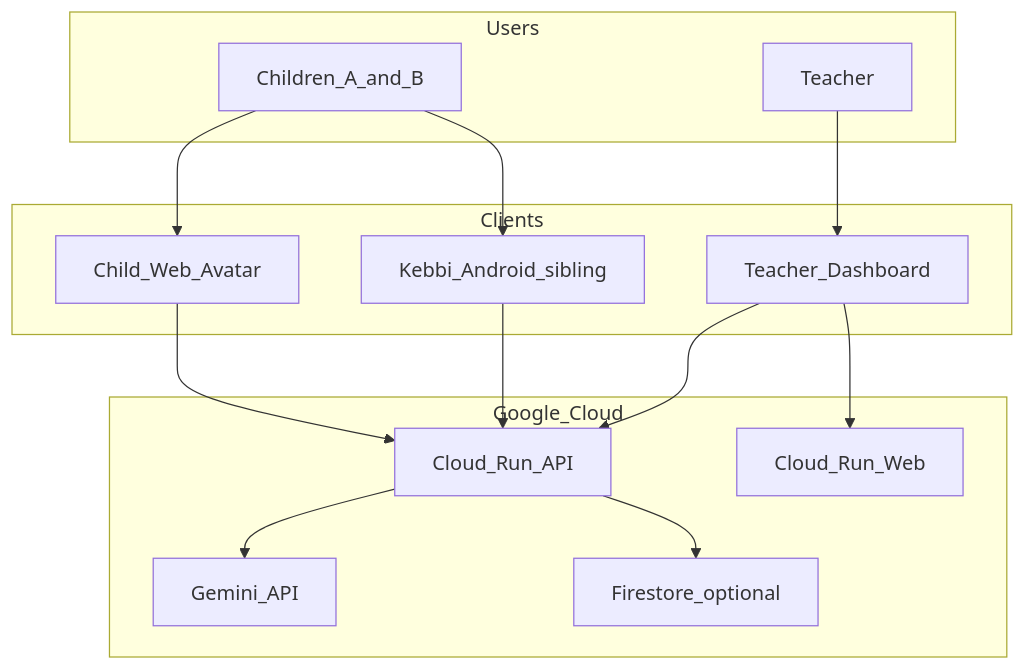
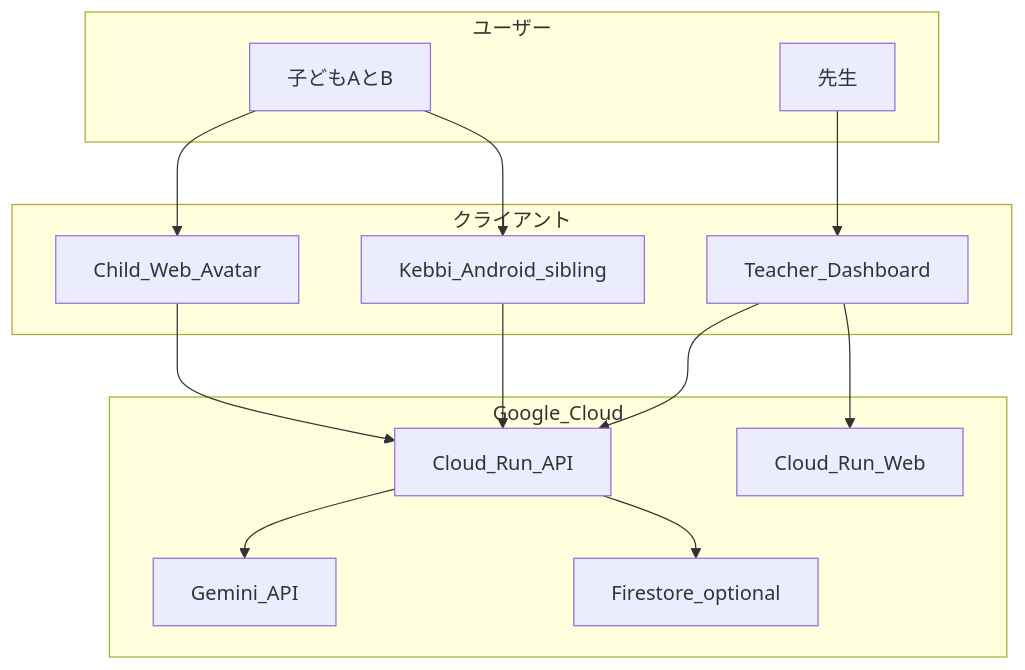
Before and after one commit to satoshi-maemoto/nakanaori-agent: the diagram in docs/architecture.md, drawn with Mermaid. The commit also changed other lines of this file and 27 other files, not shown here.

````diff
--- a/docs/architecture.md
+++ b/docs/architecture.md
@@ -9,30 +9,30 @@
 ```mermaid
 flowchart TB
-    subgraph users [Users]
-        Child[Children_A_and_B]
-        Teacher[Teacher]
+    subgraph users [ユーザー]
+        Child[子どもAとB]
+        Teacher[先生]
     end
 
-    subgraph clients [Clients]
+    subgraph clients [クライアント]
         WebChild[Child_Web_Avatar]
         WebTeacher[Teacher_Dashboard]
         Kebbi[Kebbi_Android_sibling]
     end
 
     subgraph gcp [Google_Cloud]
         CloudRunAPI[Cloud_Run_API]
         CloudRunWeb[Cloud_Run_Web]
         Gemini[Gemini_API]
         Firestore[Firestore_optional]
     end
 
     Child --> WebChild
     Child --> Kebbi
     Teacher --> WebTeacher
     WebChild --> CloudRunAPI
     Kebbi --> CloudRunAPI
     WebTeacher --> CloudRunAPI
     WebTeacher --> CloudRunWeb
     CloudRunAPI --> Gemini
     CloudRunAPI --> Firestore
 ```
````
